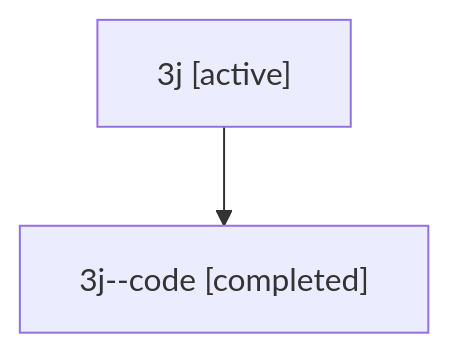
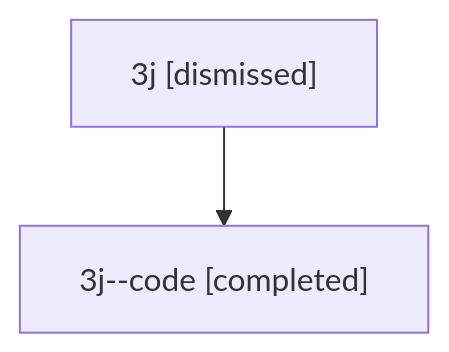
Before and after one commit to sase-org/sase--agents: the diagram in sessions/bbugyi200.athena.3j.md, drawn with Mermaid. The commit also changed other lines of this file and 28 other files, not shown here.

````diff
--- a/sessions/bbugyi200.athena.3j.md
+++ b/sessions/bbugyi200.athena.3j.md
@@ -9,6 +9,6 @@
 ```mermaid
 flowchart TD
-  n0["3j [active]"]
+  n0["3j [dismissed]"]
   n1["3j--code [completed]"]
   n0 --> n1
 ```
````
